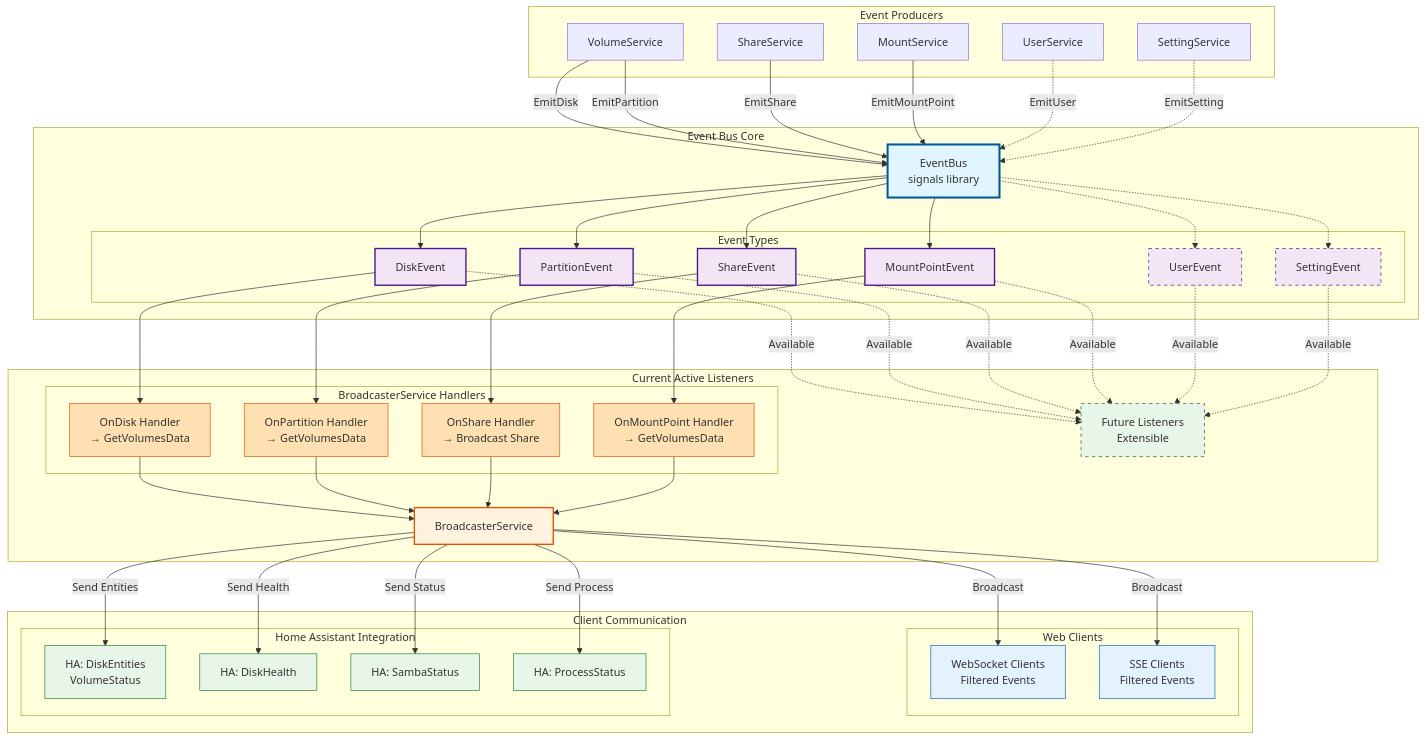
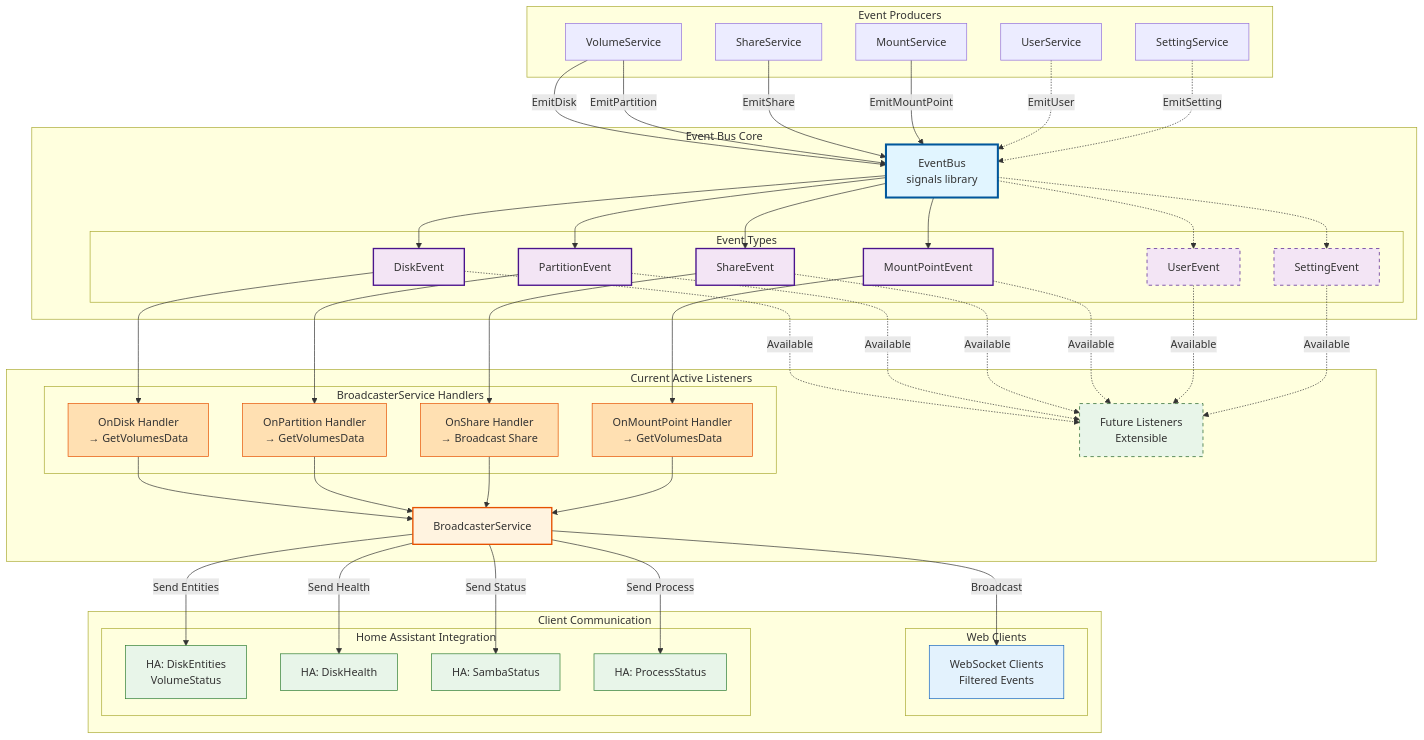
The diagram in docs/EVENT_DRIVEN_ARCHITECTURE.md (dianlight/srat), drawn with Mermaid before and after one commit. The commit also changed other lines of this file and 44 other files, not shown here.

```diff
--- a/docs/EVENT_DRIVEN_ARCHITECTURE.md
+++ b/docs/EVENT_DRIVEN_ARCHITECTURE.md
@@ -100,7 +100,6 @@
     subgraph "Client Communication"
         subgraph "Web Clients"
             WS[WebSocket Clients<br/>Filtered Events]
-            SSE[SSE Clients<br/>Filtered Events]
         end
         subgraph "Home Assistant Integration"
             HA1[HA: DiskEntities<br/>VolumeStatus]
@@ -142,7 +141,6 @@
     STE -.->|Available| FL
 
     BS -->|Broadcast| WS
-    BS -->|Broadcast| SSE
     BS -->|Send Entities| HA1
     BS -->|Send Health| HA2
     BS -->|Send Status| HA3
@@ -162,7 +160,6 @@
     style STE fill:#f3e5f5,stroke:#4a148c,stroke-dasharray: 5 5
     style FL fill:#e8f5e9,stroke:#1b5e20,stroke-dasharray: 5 5
     style WS fill:#e3f2fd,stroke:#1565c0
-    style SSE fill:#e3f2fd,stroke:#1565c0
     style HA1 fill:#e8f5e9,stroke:#2e7d32
     style HA2 fill:#e8f5e9,stroke:#2e7d32
     style HA3 fill:#e8f5e9,stroke:#2e7d32
```
